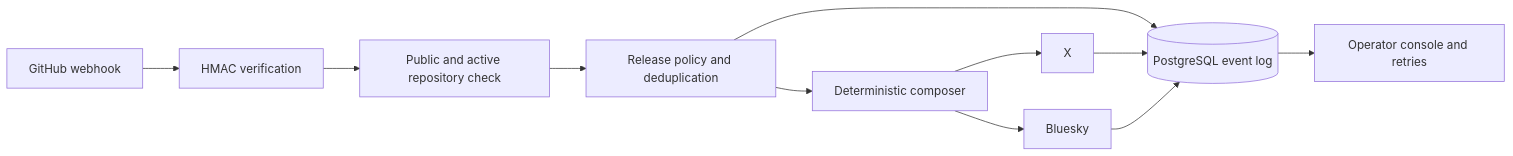
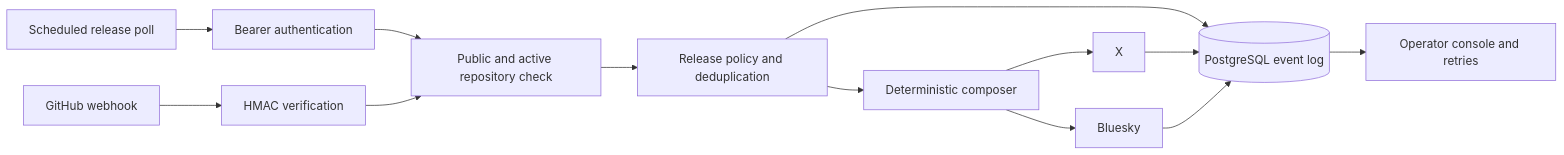
The diagram in docs/architecture.md (markoblogo/git-tweet), drawn with Mermaid before and after one commit. The commit also changed other lines of this file and 18 other files, not shown here.

````diff
--- a/docs/architecture.md
+++ b/docs/architecture.md
@@ -7,13 +7,15 @@
 ```mermaid
 flowchart LR
   GH[GitHub webhook] --> SIG[HMAC verification]
+  POLL[Scheduled release poll] --> AUTH[Bearer authentication]
+  AUTH --> REPO
   SIG --> REPO[Public and active repository check]
   REPO --> POLICY[Release policy and deduplication]
   POLICY --> COMPOSE[Deterministic composer]
   COMPOSE --> X[X]
   COMPOSE --> BS[Bluesky]
   POLICY --> DB[(PostgreSQL event log)]
   X --> DB
   BS --> DB
   DB --> UI[Operator console and retries]
 ```
````
